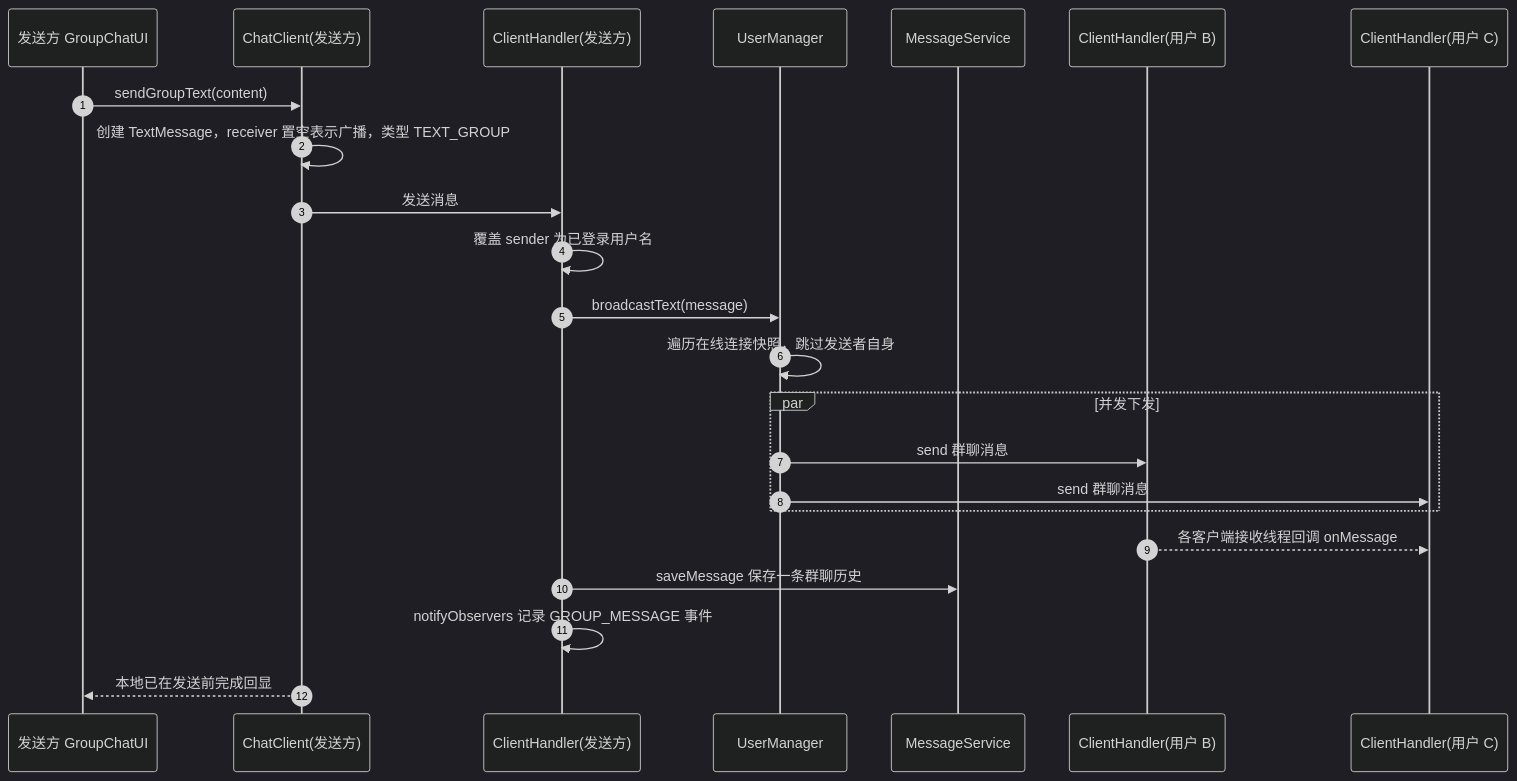
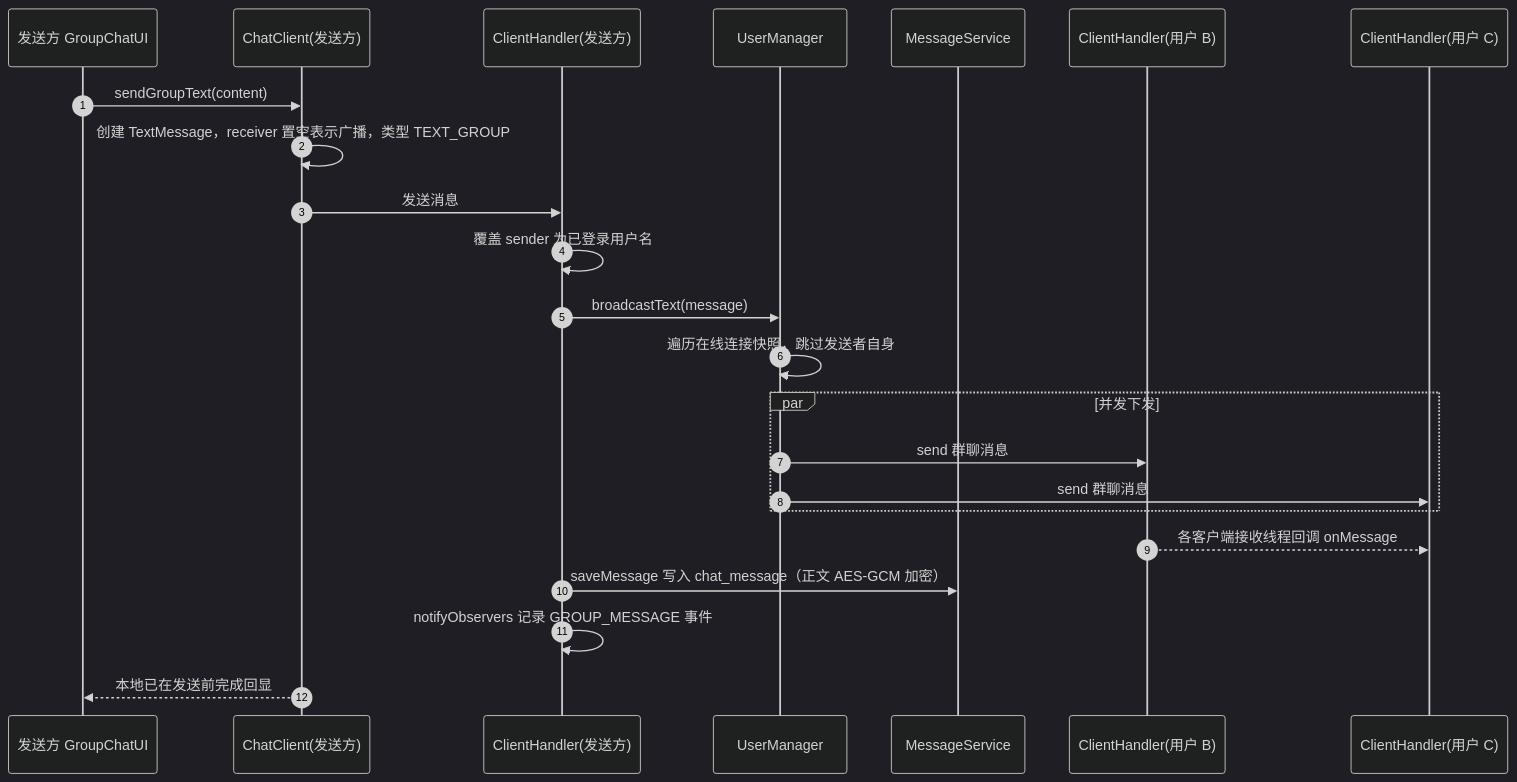
One commit to FeiTwnd/lanchat changed the fifth of 9 diagrams in docs/design/02-系统设计.md. Above: the diagram before and after it, drawn with Mermaid (dark theme). The commit also changed other lines of this file and 9 other files, not shown here.

````diff
--- a/docs/design/02-系统设计.md
+++ b/docs/design/02-系统设计.md
@@ -664,26 +712,26 @@
 ```mermaid
 sequenceDiagram
     autonumber
     participant A as 发送方 GroupChatUI
     participant CA as ChatClient(发送方)
     participant HA as ClientHandler(发送方)
     participant UM as UserManager
     participant MS as MessageService
     participant H1 as ClientHandler(用户 B)
     participant H2 as ClientHandler(用户 C)
 
     A->>CA: sendGroupText(content)
     CA->>CA: 创建 TextMessage，receiver 置空表示广播，类型 TEXT_GROUP
     CA->>HA: 发送消息
     HA->>HA: 覆盖 sender 为已登录用户名
     HA->>UM: broadcastText(message)
     UM->>UM: 遍历在线连接快照，跳过发送者自身
     par 并发下发
         UM->>H1: send 群聊消息
         UM->>H2: send 群聊消息
     end
     H1-->>H2: 各客户端接收线程回调 onMessage
-    HA->>MS: saveMessage 保存一条群聊历史
+    HA->>MS: saveMessage 写入 chat_message（正文 AES-GCM 加密）
     HA->>HA: notifyObservers 记录 GROUP_MESSAGE 事件
     CA-->>A: 本地已在发送前完成回显
 ```
````
